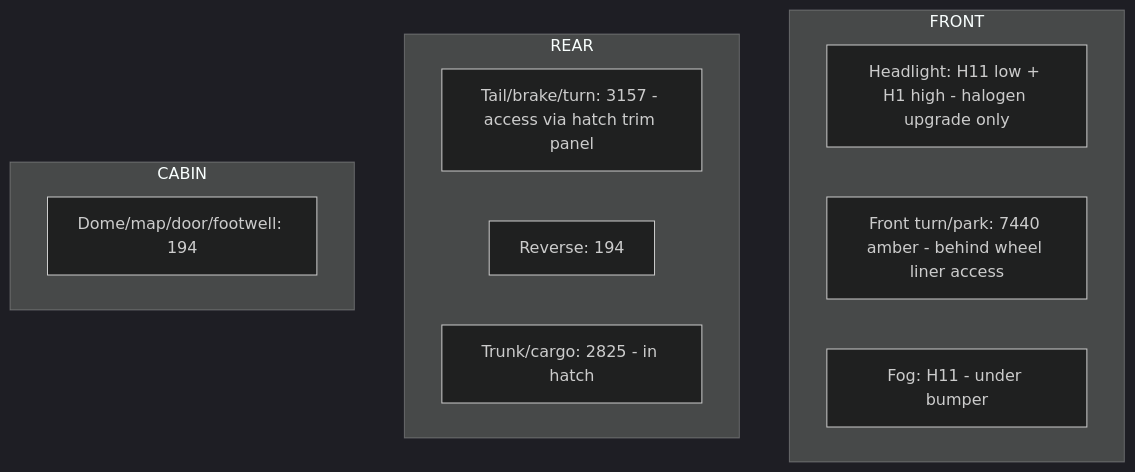
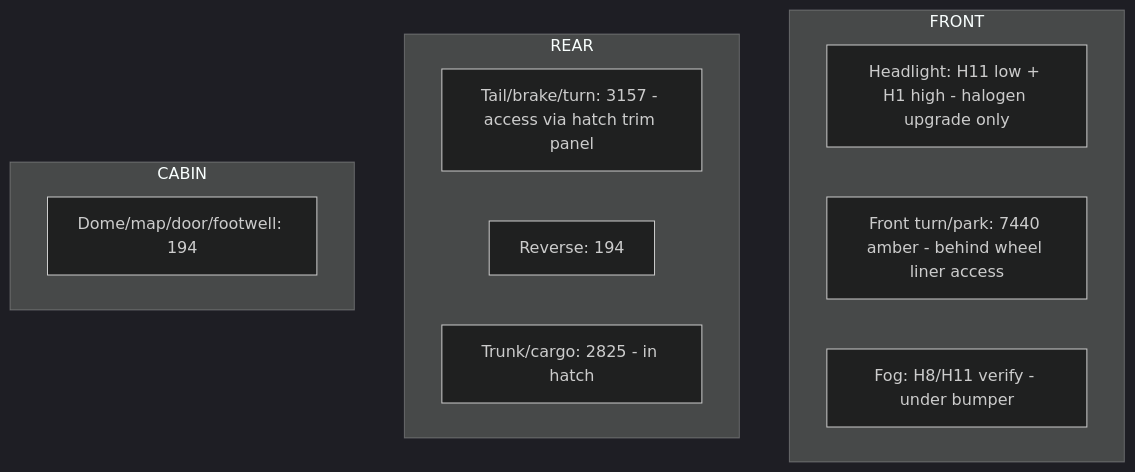
The second of 2 diagrams in docs/projects/exterior-lighting.md (2smok3d/focus-st), drawn with Mermaid (dark theme) before and after one commit. The commit also changed other lines of this file and 2 other files, not shown here.

Commit message:
docs: fact-check corrections (verified true info)
Verified against external sources and corrected:
- Wheels 18x8 / ET55 / 5x108 / 235-40R18 (was wrongly 18x7.5 / ET52.5)
- 252 hp / 270 lb-ft (was 247)
- Transmission Getrag MMT6 confirmed (not MT82); fluid WSS-M2C200-D2
- Recall 18S32 / 18V735 + 2026 26S40 confirmed
- Fog bulb left as verify-at-car (sources conflict H8/H11/H16)
- Added fact-check log to VEHICLE.md
- Applied same corrections to PARTS.md (PWA data file)

Claude-Session: https://claude.ai/code/session_01J6qWVPmzLceoGhSJk1ceUu

````diff
--- a/docs/projects/exterior-lighting.md
+++ b/docs/projects/exterior-lighting.md
@@ -52,16 +52,16 @@
 ```mermaid
 flowchart TB
     subgraph FRONT
       HL[Headlight: H11 low + H1 high - halogen upgrade only]
       FT[Front turn/park: 7440 amber - behind wheel liner access]
-      FOG[Fog: H11 - under bumper]
+      FOG[Fog: H8/H11 verify - under bumper]
     end
     subgraph REAR
       TL[Tail/brake/turn: 3157 - access via hatch trim panel]
       REV[Reverse: 194]
       TR[Trunk/cargo: 2825 - in hatch]
     end
     subgraph CABIN
       DOME[Dome/map/door/footwell: 194]
     end
 ```
````
